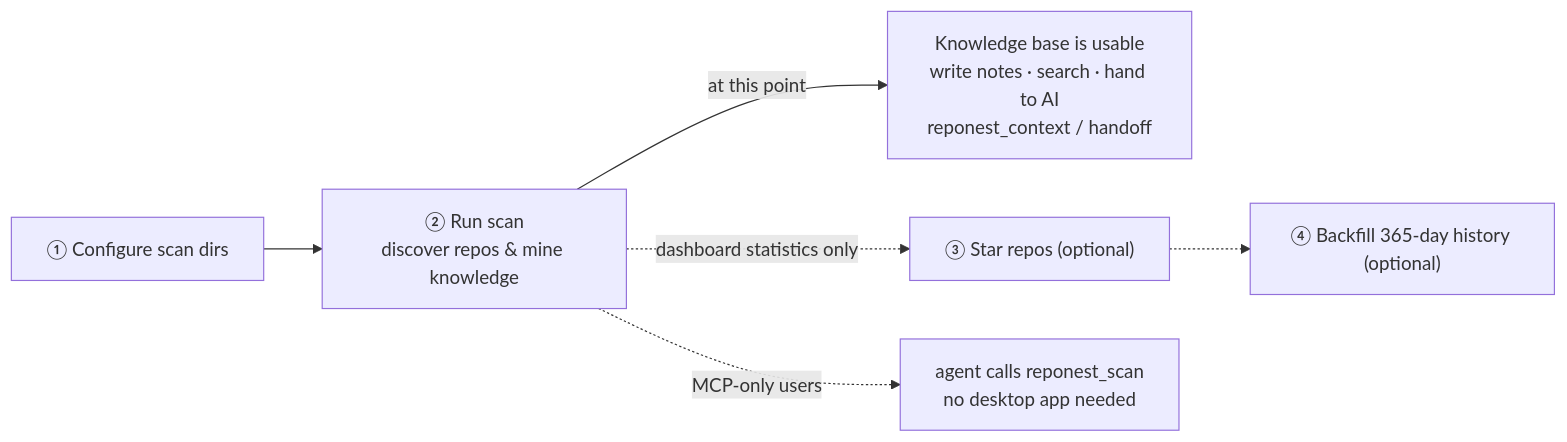
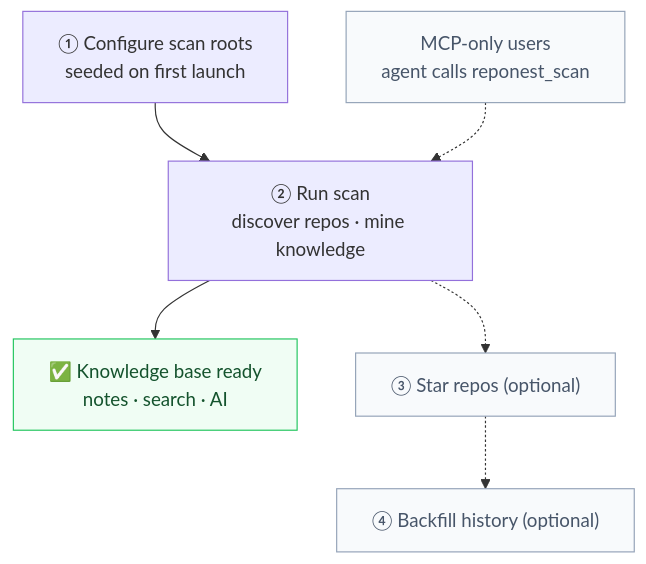
One commit to sky-jiangcheng/RepoNest changed the diagram in docs/en/getting-started.md. Above: the diagram before and after it, drawn with Mermaid. The commit also changed 14 other files, not shown here.

First line of the commit message:
docs(diagrams): 全站 mermaid 图重构 — 告别'宽扁香肠'布局

````diff
--- a/docs/en/getting-started.md
+++ b/docs/en/getting-started.md
@@ -36,8 +36,12 @@
 ```mermaid
-flowchart LR
-    A["① Configure scan dirs"] --> B["② Run scan<br/>discover repos & mine knowledge"]
-    B -->|at this point| DONE["Knowledge base is usable<br/>write notes · search · hand to AI<br/>reponest_context / handoff"]
-    B -. dashboard statistics only .-> C["③ Star repos (optional)"]
-    C -.-> D["④ Backfill 365-day history (optional)"]
-    B -. MCP-only users .-> E["agent calls reponest_scan<br/>no desktop app needed"]
+flowchart TB
+    A["① Configure scan roots<br/>seeded on first launch"] --> B["② Run scan<br/>discover repos · mine knowledge"]
+    E["MCP-only users<br/>agent calls reponest_scan"] -.-> B
+    B --> DONE["✅ Knowledge base ready<br/>notes · search · AI"]
+    B -.-> C["③ Star repos (optional)"]
+    C -.-> D["④ Backfill history (optional)"]
+    classDef done fill:#f0fdf4,stroke:#22c55e,color:#14532d
+    classDef opt fill:#f8fafc,stroke:#94a3b8,color:#475569
+    class DONE done
+    class C,D,E opt
 ```
````
